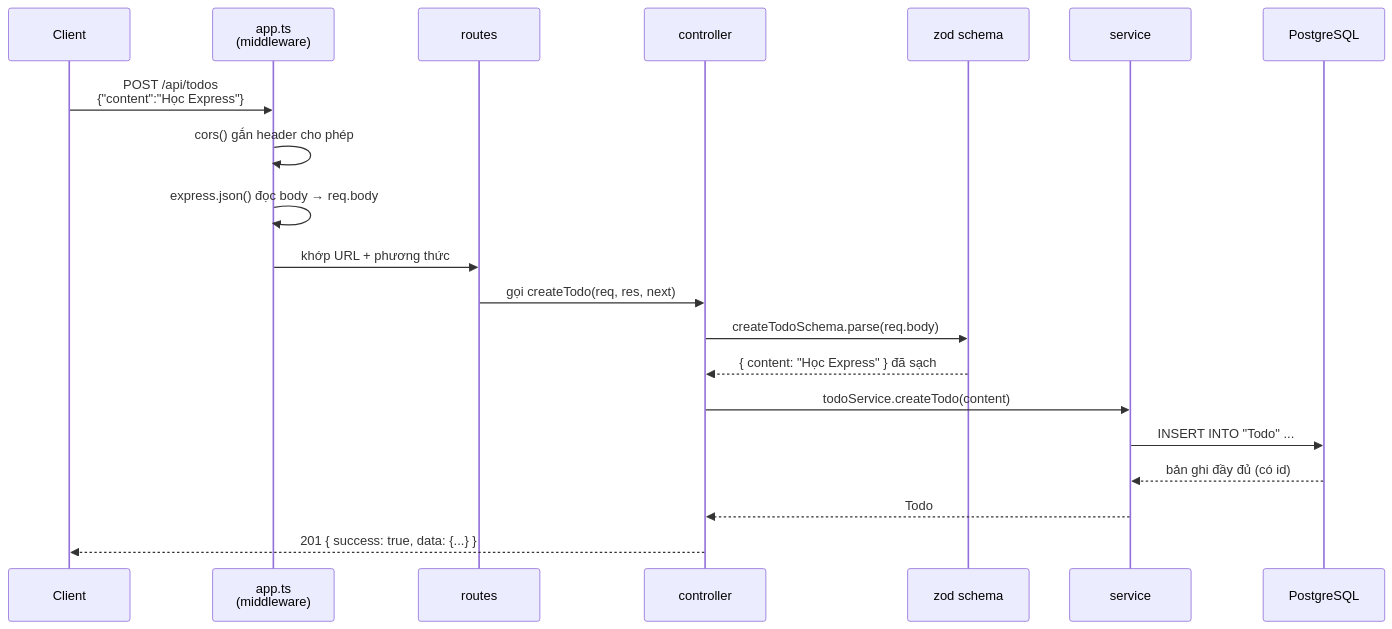
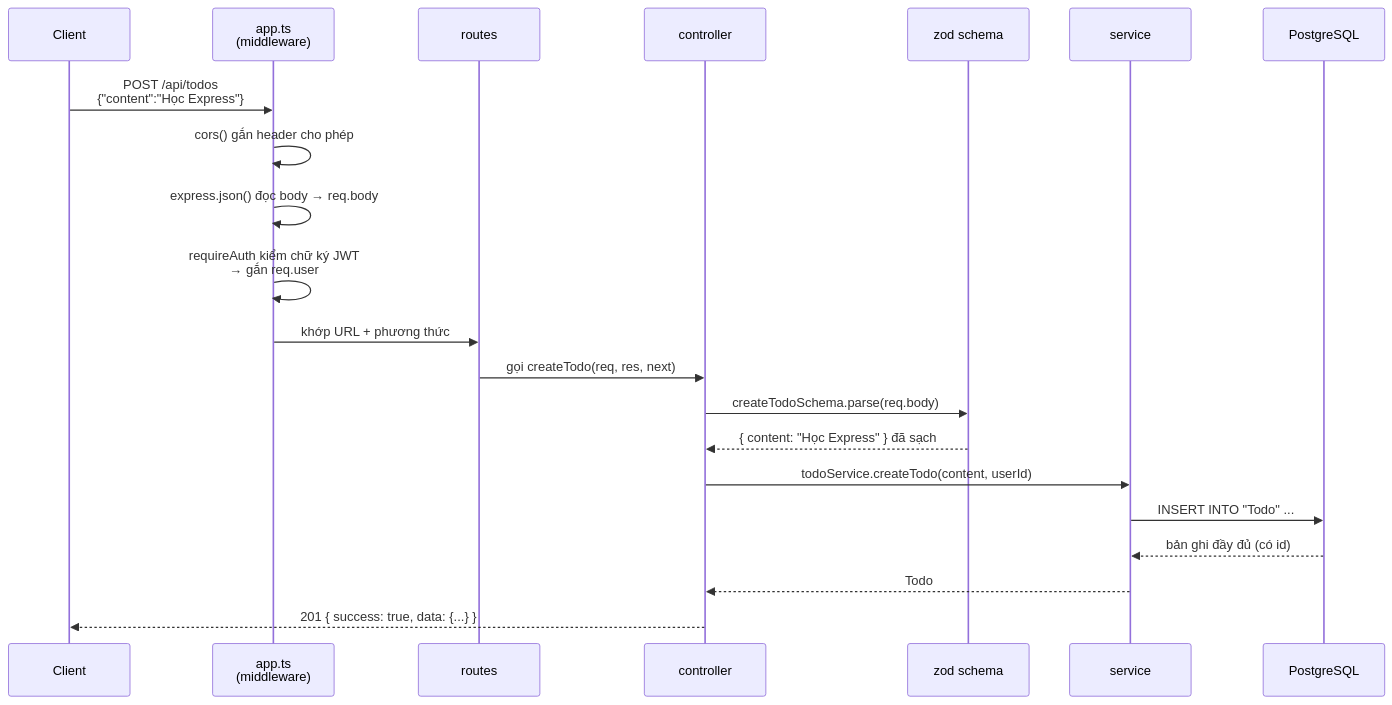
The second of 9 diagrams in backend/LEARN.md (nguyenbaohua/nextjs-express-demo), drawn with Mermaid before and after one commit. The commit also changed other lines of this file and 99 other files, not shown here.

````diff
--- a/backend/LEARN.md
+++ b/backend/LEARN.md
@@ -30,23 +32,24 @@
 ```mermaid
 sequenceDiagram
     participant C as Client
     participant A as app.ts<br/>(middleware)
     participant R as routes
     participant Ctl as controller
     participant Z as zod schema
     participant S as service
     participant DB as PostgreSQL
 
     C->>A: POST /api/todos<br/>{"content":"Học Express"}
     A->>A: cors() gắn header cho phép
     A->>A: express.json() đọc body → req.body
+    A->>A: requireAuth kiểm chữ ký JWT<br/>→ gắn req.user
     A->>R: khớp URL + phương thức
     R->>Ctl: gọi createTodo(req, res, next)
     Ctl->>Z: createTodoSchema.parse(req.body)
     Z-->>Ctl: { content: "Học Express" } đã sạch
-    Ctl->>S: todoService.createTodo(content)
+    Ctl->>S: todoService.createTodo(content, userId)
     S->>DB: INSERT INTO "Todo" ...
     DB-->>S: bản ghi đầy đủ (có id)
     S-->>Ctl: Todo
     Ctl-->>C: 201 { success: true, data: {...} }
 ```
````
